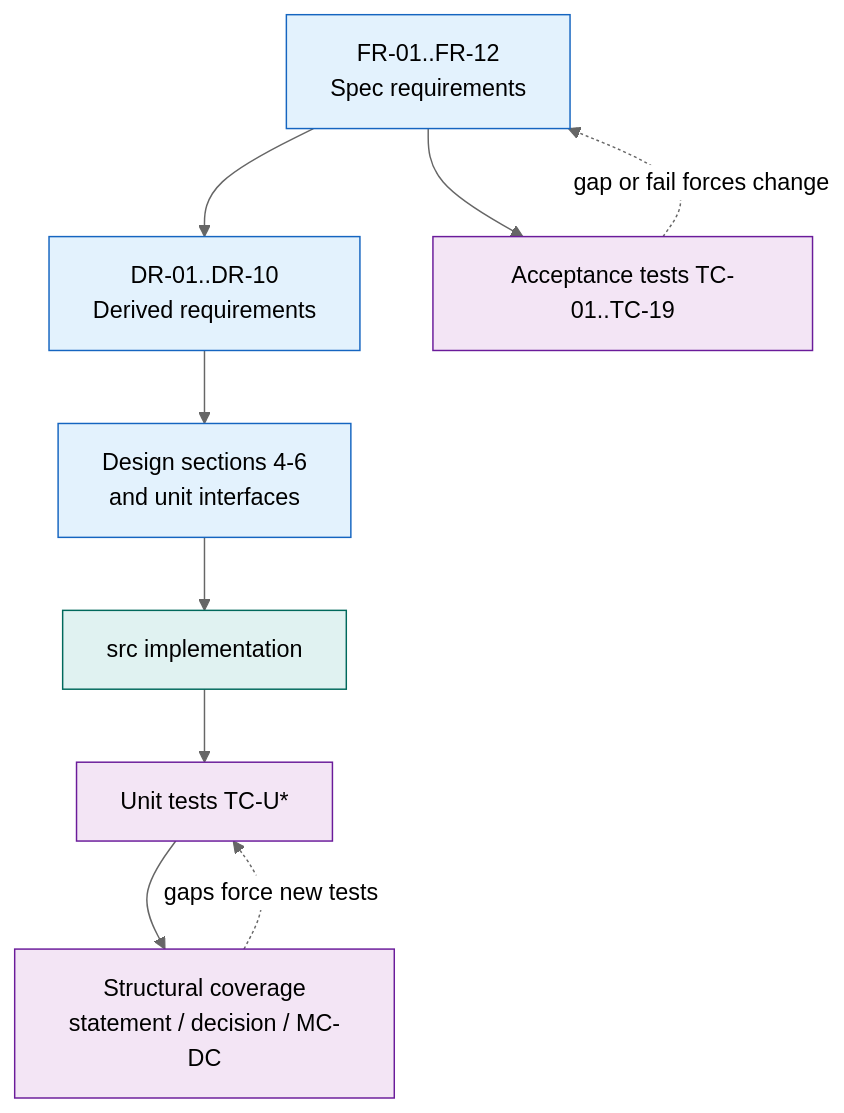
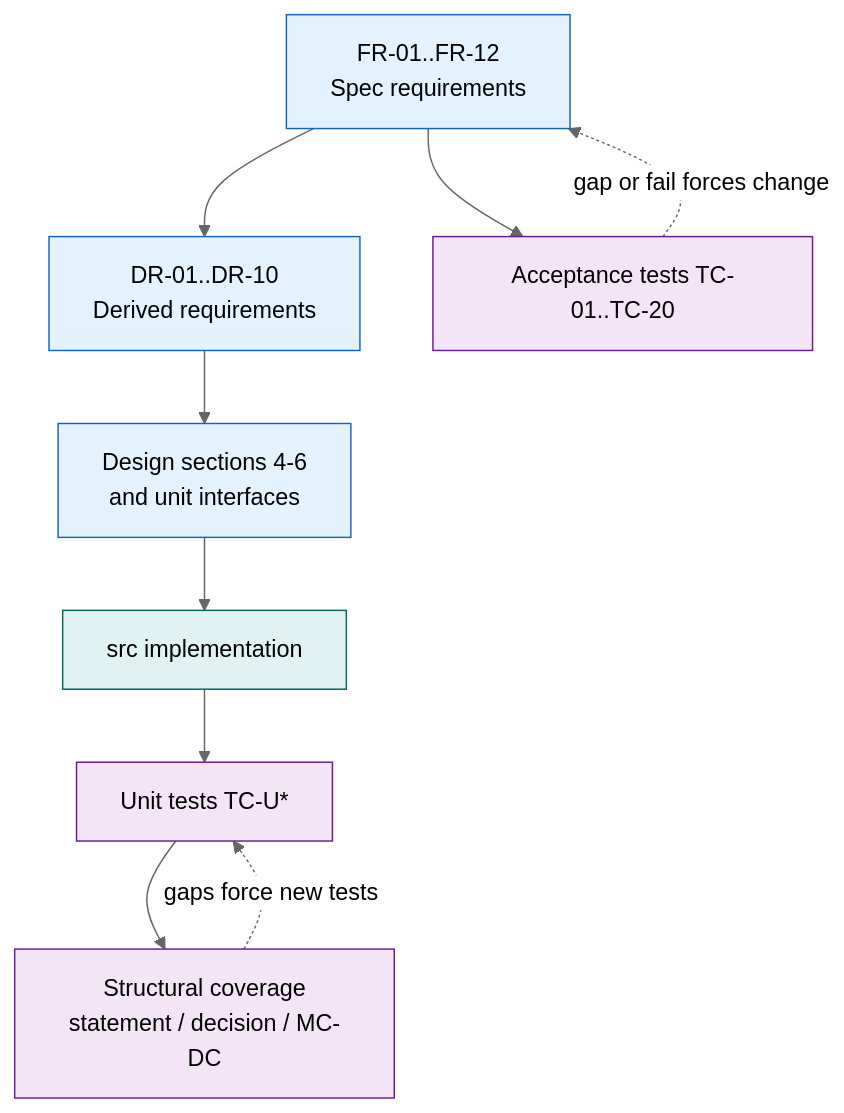
One commit to jambamamba/performacode-airplane-coverage changed the seventh of 9 diagrams in docs/PROJECT_PLAN.md. Above: the diagram before and after it, drawn with Mermaid (neutral theme). The commit also changed other lines of this file, not shown here.

````diff
--- a/docs/PROJECT_PLAN.md
+++ b/docs/PROJECT_PLAN.md
@@ -708,18 +708,18 @@
 ```mermaid
 flowchart TD
     REQ["FR-01..FR-12<br/>Spec requirements"] --> DR["DR-01..DR-10<br/>Derived requirements"]
     DR --> DES["Design sections 4-6<br/>and unit interfaces"]
     DES --> CODE["src implementation"]
     CODE --> UT["Unit tests TC-U*"]
-    REQ --> ACC["Acceptance tests TC-01..TC-19"]
+    REQ --> ACC["Acceptance tests TC-01..TC-20"]
     UT --> COV["Structural coverage<br/>statement / decision / MC-DC"]
     COV -.->|"gaps force new tests"| UT
     ACC -.->|"gap or fail forces change"| REQ
 
     classDef req fill:#e3f2fd,stroke:#1565c0,color:#000
     classDef code fill:#e0f2f1,stroke:#00695c,color:#000
     classDef test fill:#f3e5f5,stroke:#6a1b9a,color:#000
     class REQ,DR,DES req
     class CODE code
     class UT,ACC,COV test
 ```
````
